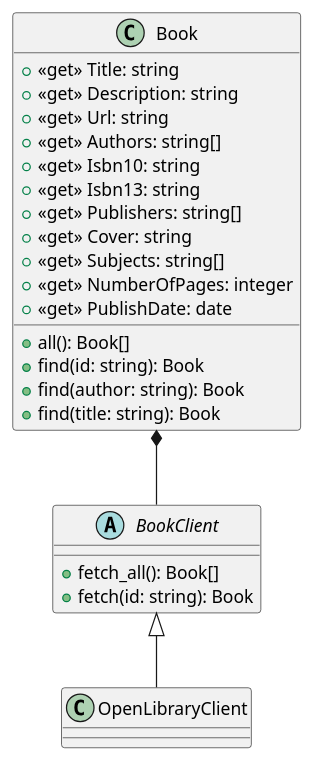
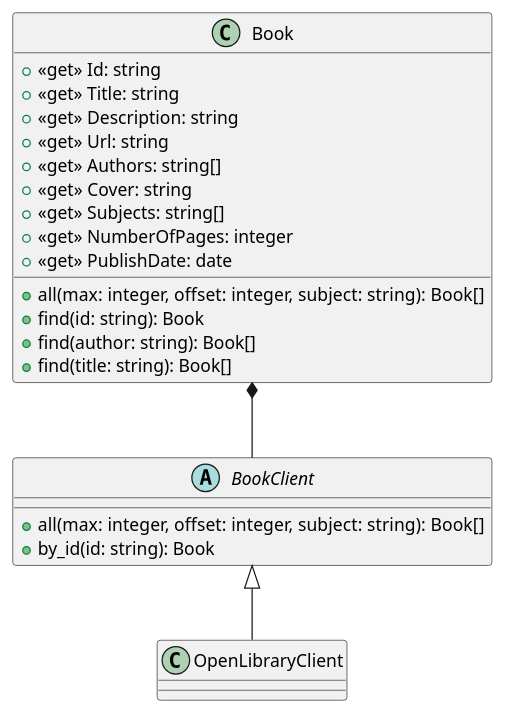
The diagram in doc/diagrams/book.puml (Thynkon/MAW2.1-KeepIt-Back), drawn with PlantUML before and after one commit. The commit also changed 4 other files, not shown here.

```diff
--- a/doc/diagrams/book.puml
+++ b/doc/diagrams/book.puml
@@ -1,33 +1,31 @@
 @startuml
 class Book {
+  + <<get>> Id: string
   + <<get>> Title: string
   + <<get>> Description: string
   + <<get>> Url: string
   + <<get>> Authors: string[]
-  + <<get>> Isbn10: string
-  + <<get>> Isbn13: string
-  + <<get>> Publishers: string[]
   + <<get>> Cover: string
   + <<get>> Subjects: string[]
   + <<get>> NumberOfPages: integer
   + <<get>> PublishDate: date
 
-  + all(): Book[]
+  + all(max: integer, offset: integer, subject: string): Book[]
   + find(id: string): Book
-  + find(author: string): Book
-  + find(title: string): Book
+  + find(author: string): Book[]
+  + find(title: string): Book[]
 }
 
 abstract class BookClient {
-    + fetch_all(): Book[]
-    + fetch(id: string): Book
+    + all(max: integer, offset: integer, subject: string): Book[]
+    + by_id(id: string): Book
 }
 
 class OpenLibraryClient {
 
 }
 
 BookClient <|-- OpenLibraryClient
 
 Book *-- BookClient
 @enduml
```
